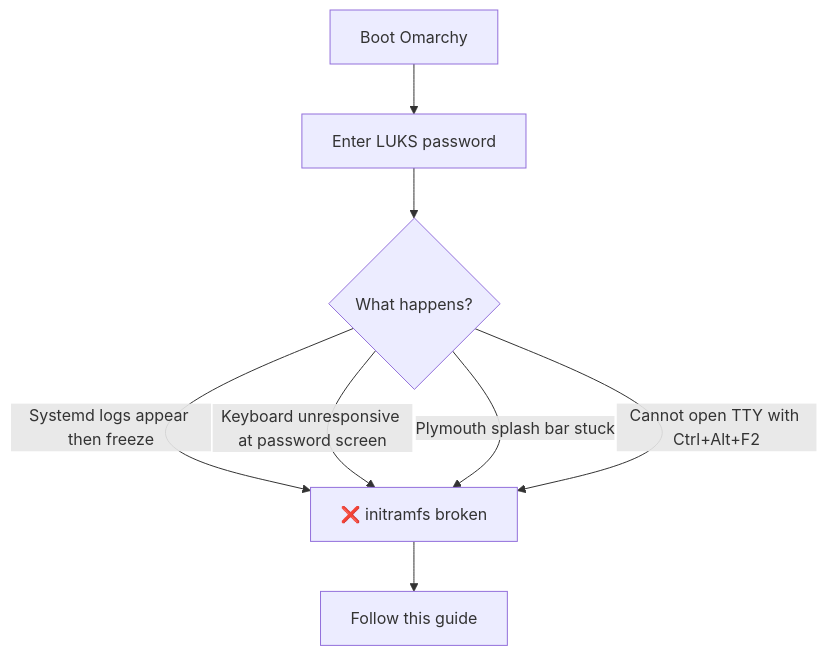
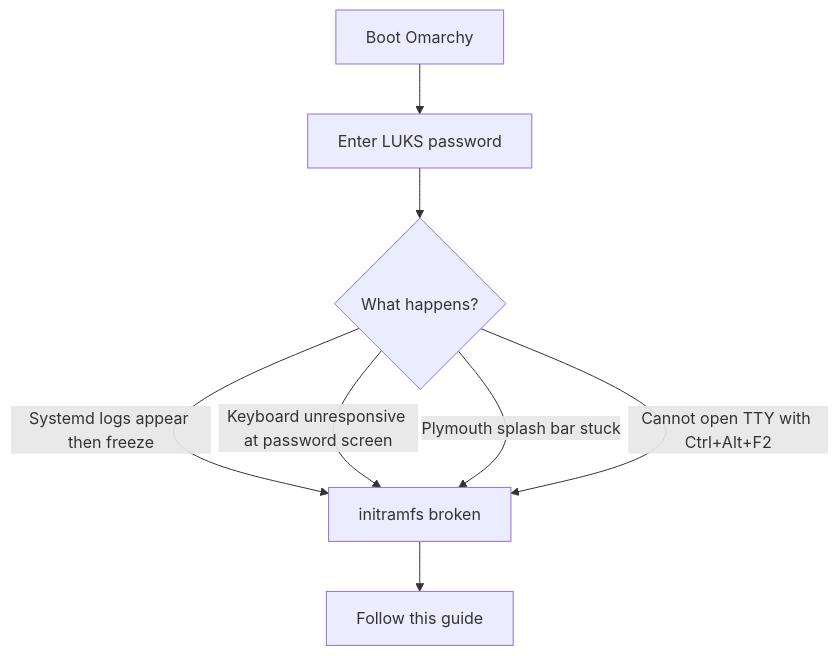
One commit to infat0x/infat0x.github.io changed the first of 6 diagrams in content/blog/fixing-omarchy-stuck-at-boot.md. Above: the diagram before and after it, drawn with Mermaid. The commit also changed other lines of this file and 7 other files, not shown here.

Commit message:
Sort blogs chronologically, place glowing cat on homepage, and eliminate mermaid syntax errors

````diff
--- a/content/blog/fixing-omarchy-stuck-at-boot.md
+++ b/content/blog/fixing-omarchy-stuck-at-boot.md
@@ -24,10 +24,10 @@
 ```mermaid
 flowchart TD
-    A[Boot Omarchy] --> B[Enter LUKS password]
-    B --> C{What happens?}
-    C -->|Systemd logs appear then freeze| D[❌ initramfs broken]
-    C -->|Keyboard unresponsive at password screen| D
-    C -->|Plymouth splash bar stuck| D
-    C -->|Cannot open TTY with Ctrl+Alt+F2| D
-    D --> E[Follow this guide]
+    A["Boot Omarchy"] --> B["Enter LUKS password"]
+    B --> C{"What happens?"}
+    C -->|"Systemd logs appear then freeze"| D["initramfs broken"]
+    C -->|"Keyboard unresponsive at password screen"| D
+    C -->|"Plymouth splash bar stuck"| D
+    C -->|"Cannot open TTY with Ctrl+Alt+F2"| D
+    D --> E["Follow this guide"]
 ```
````
